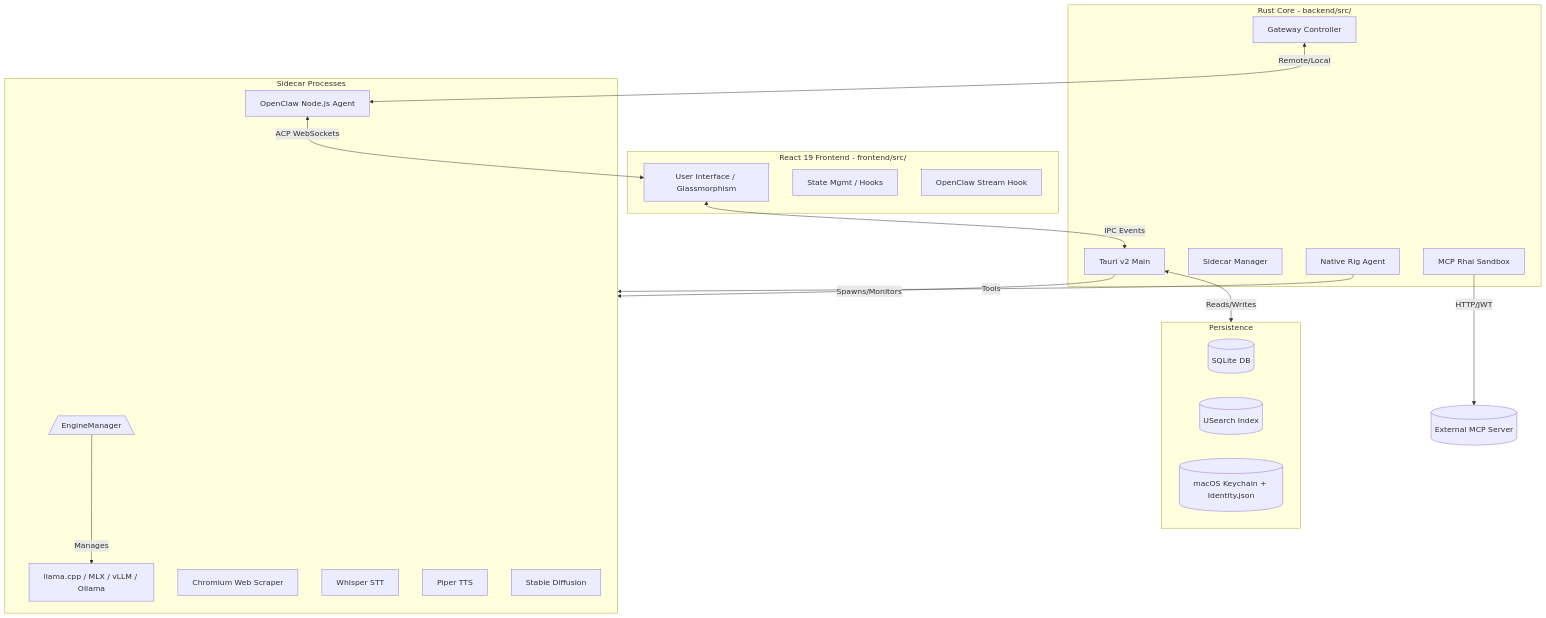
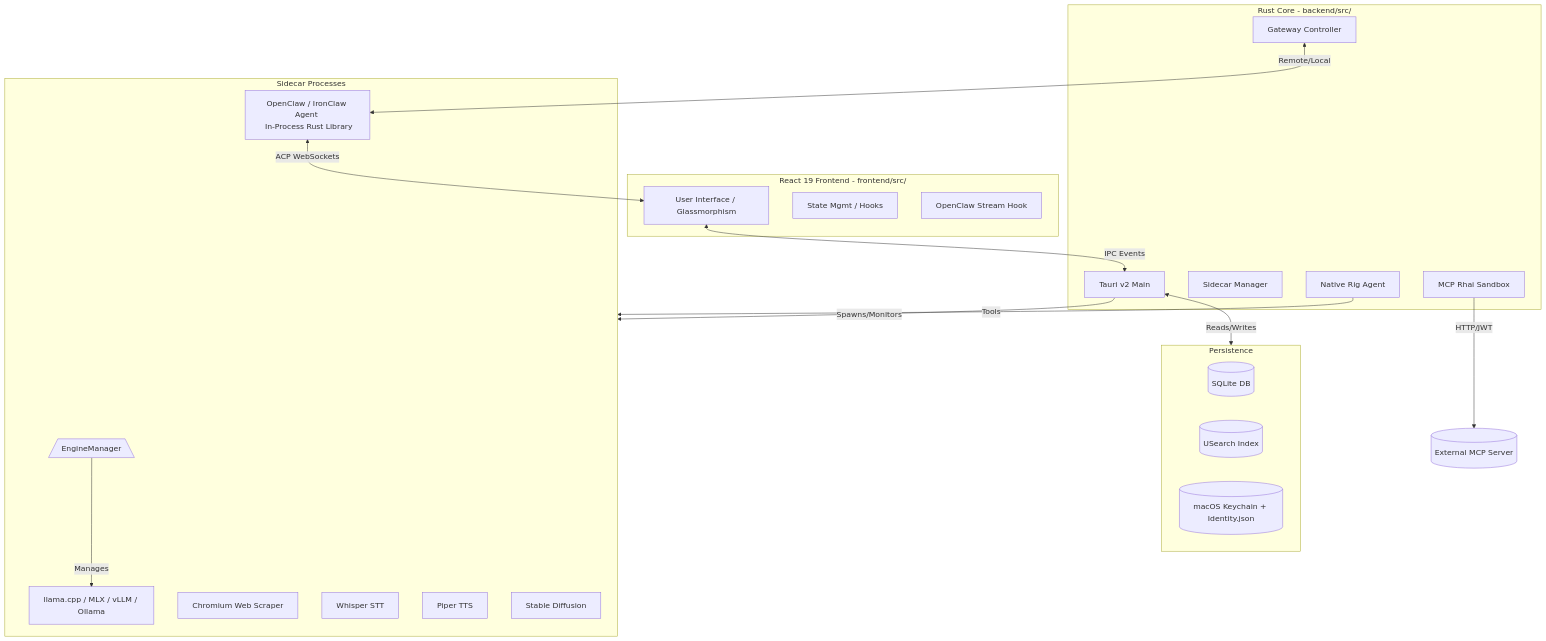
Before and after one commit to RNT56/ThinClaw: the diagram in README.md, drawn with Mermaid. The commit also changed other lines of this file and 3 other files, not shown here.

````diff
--- a/README.md
+++ b/README.md
@@ -84,41 +84,41 @@
 ```mermaid
 graph TD
     subgraph Frontend [React 19 Frontend - frontend/src/]
         UI[User Interface / Glassmorphism]
         State[State Mgmt / Hooks]
         Stream[OpenClaw Stream Hook]
     end
     
     subgraph Backend [Rust Core - backend/src/]
         Tauri[Tauri v2 Main]
         Manager[Sidecar Manager]
         Gateway[Gateway Controller]
         RigAgent[Native Rig Agent]
         McpSandbox[MCP Rhai Sandbox]
     end
     
     subgraph Sidecars [Sidecar Processes]
         EngineManager[/EngineManager\]
         Llama[llama.cpp / MLX / vLLM / Ollama]
-        OpenClaw[OpenClaw Node.js Agent]
+        OpenClaw[OpenClaw / IronClaw Agent \n In-Process Rust Library]
         Chromium[Chromium Web Scraper]
         Whisper[Whisper STT]
         TTS[Piper TTS]
         SD[Stable Diffusion]
     end
     
     subgraph Storage [Persistence]
         SQLite[(SQLite DB)]
         Vectors[(USearch Index)]
         Identity[(macOS Keychain + Identity.json)]
     end
 
     UI <-->|IPC Events| Tauri
     Tauri -->|Spawns/Monitors| Sidecars
     Tauri <-->|Reads/Writes| Storage
     EngineManager -->|Manages| Llama
     OpenClaw <-->|ACP WebSockets| UI
     Gateway <-->|Remote/Local| OpenClaw
     RigAgent -->|Tools| Sidecars
     McpSandbox -->|HTTP/JWT| MCP[(External MCP Server)]
 ```
````
